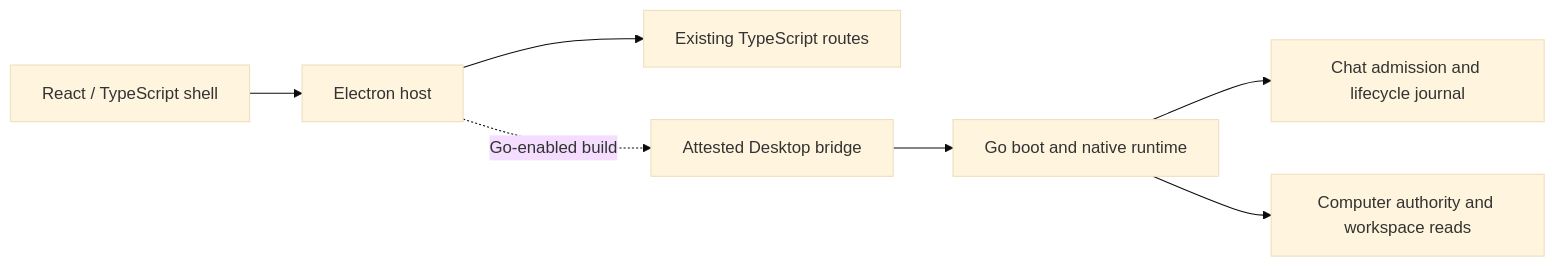
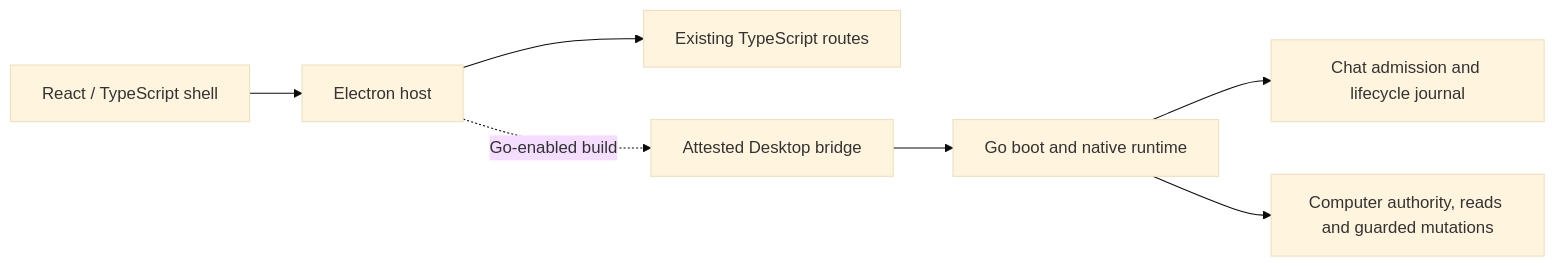
One commit to legrch/farol changed the diagram in README.md. Above: the diagram before and after it, drawn with Mermaid (base theme). The commit also changed other lines of this file and 3 other files, not shown here.

````diff
--- a/README.md
+++ b/README.md
@@ -180,9 +186,9 @@
 ```mermaid
 flowchart LR
     UI[React / TypeScript shell] --> Host[Electron host]
     Host --> TS[Existing TypeScript routes]
     Host -. Go-enabled build .-> Bridge[Attested Desktop bridge]
     Bridge --> Core[Go boot and native runtime]
     Core --> Admission[Chat admission and lifecycle journal]
-    Core --> Computer[Computer authority and workspace reads]
+    Core --> Computer[Computer authority, reads and guarded mutations]
 ```
````
